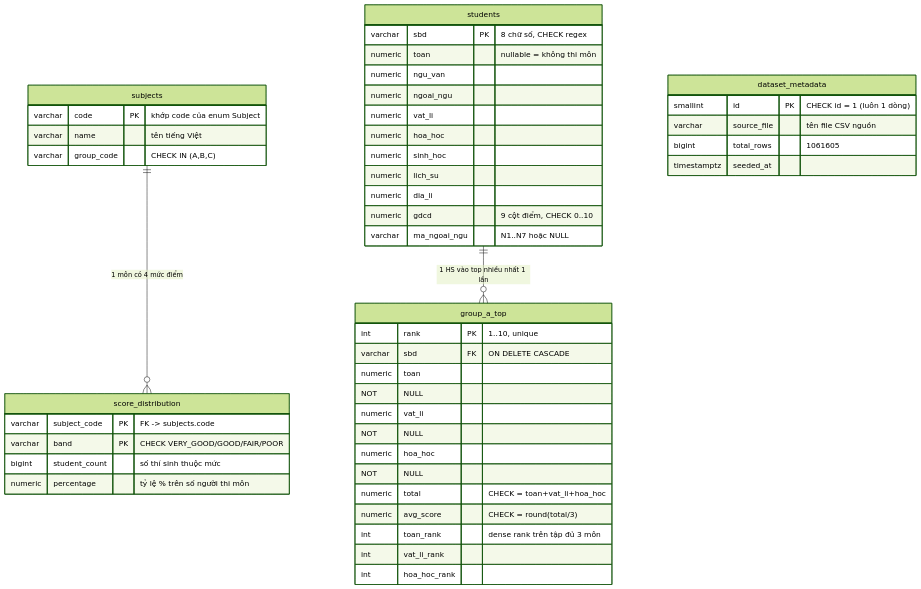
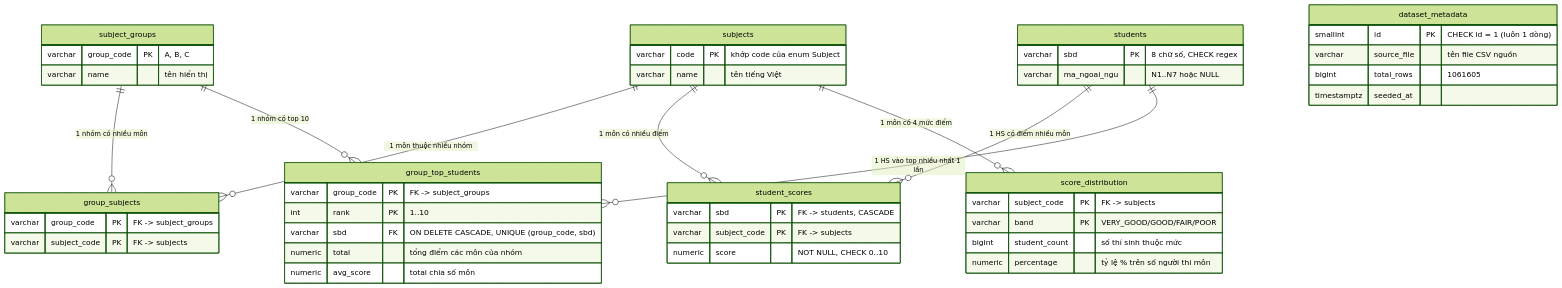
The diagram in docs/erd.mmd (VoMinhKhoi299/g-scores), drawn with Mermaid (forest theme) before and after one commit. The commit also changed 21 other files, not shown here.

Commit message:
refactor(schema): tach bang student_scores va ho tro top 10 theo nhom A/B/C

```diff
--- a/docs/erd.mmd
+++ b/docs/erd.mmd
@@ -1,50 +1,56 @@
 erDiagram
     subjects {
         varchar code PK "khớp code của enum Subject"
         varchar name "tên tiếng Việt"
-        varchar group_code "CHECK IN (A,B,C)"
+    }
+
+    subject_groups {
+        varchar group_code PK "A, B, C"
+        varchar name "tên hiển thị"
+    }
+
+    group_subjects {
+        varchar group_code PK "FK -> subject_groups"
+        varchar subject_code PK "FK -> subjects"
     }
 
     students {
         varchar sbd PK "8 chữ số, CHECK regex"
-        numeric toan "nullable = không thi môn"
-        numeric ngu_van
-        numeric ngoai_ngu
-        numeric vat_li
-        numeric hoa_hoc
-        numeric sinh_hoc
-        numeric lich_su
-        numeric dia_li
-        numeric gdcd "9 cột điểm, CHECK 0..10"
         varchar ma_ngoai_ngu "N1..N7 hoặc NULL"
     }
 
+    student_scores {
+        varchar sbd PK "FK -> students, CASCADE"
+        varchar subject_code PK "FK -> subjects"
+        numeric score "NOT NULL, CHECK 0..10"
+    }
+
     score_distribution {
-        varchar subject_code PK "FK -> subjects.code"
-        varchar band PK "CHECK VERY_GOOD/GOOD/FAIR/POOR"
+        varchar subject_code PK "FK -> subjects"
+        varchar band PK "VERY_GOOD/GOOD/FAIR/POOR"
         bigint student_count "số thí sinh thuộc mức"
         numeric percentage "tỷ lệ % trên số người thi môn"
     }
 
-    group_a_top {
-        int rank PK "1..10, unique"
-        varchar sbd FK "ON DELETE CASCADE"
-        numeric toan NOT NULL
-        numeric vat_li NOT NULL
-        numeric hoa_hoc NOT NULL
-        numeric total "CHECK = toan+vat_li+hoa_hoc"
-        numeric avg_score "CHECK = round(total/3)"
-        int toan_rank "dense rank trên tập đủ 3 môn"
-        int vat_li_rank
-        int hoa_hoc_rank
+    group_top_students {
+        varchar group_code PK "FK -> subject_groups"
+        int rank PK "1..10"
+        varchar sbd FK "ON DELETE CASCADE, UNIQUE (group_code, sbd)"
+        numeric total "tổng điểm các môn của nhóm"
+        numeric avg_score "total chia số môn"
     }
 
     dataset_metadata {
         smallint id PK "CHECK id = 1 (luôn 1 dòng)"
         varchar source_file "tên file CSV nguồn"
         bigint total_rows "1061605"
         timestamptz seeded_at
     }
 
+    subject_groups ||--o{ group_subjects : "1 nhóm có nhiều môn"
+    subjects ||--o{ group_subjects : "1 môn thuộc nhiều nhóm"
+    students ||--o{ student_scores : "1 HS có điểm nhiều môn"
+    subjects ||--o{ student_scores : "1 môn có nhiều điểm"
     subjects ||--o{ score_distribution : "1 môn có 4 mức điểm"
-    students ||--o{ group_a_top : "1 HS vào top nhiều nhất 1 lần"
+    subject_groups ||--o{ group_top_students : "1 nhóm có top 10"
+    students ||--o{ group_top_students : "1 HS vào top nhiều nhất 1 lần"
```
